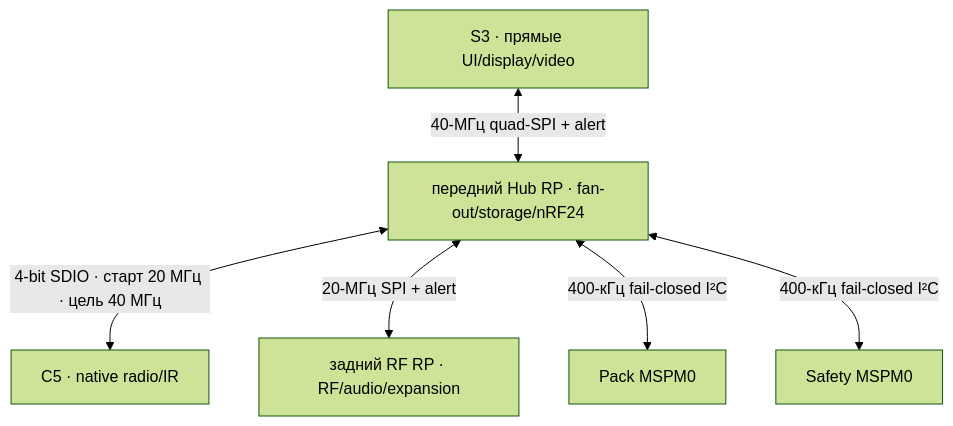
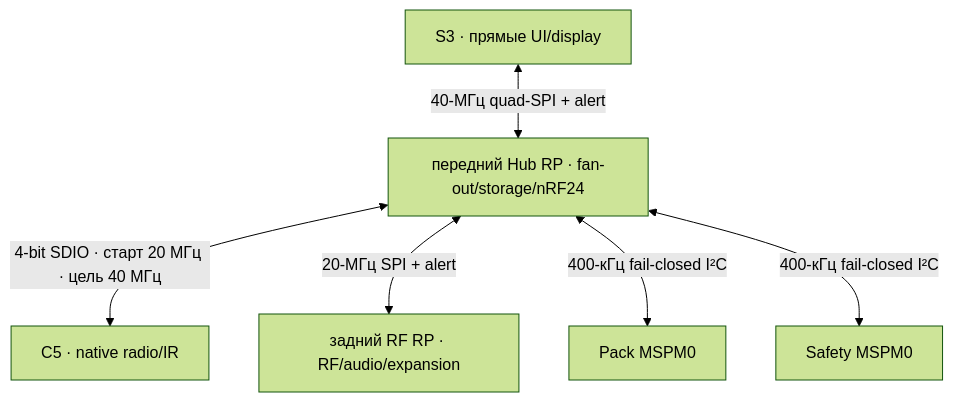
One commit to anton-vinogradov/esp32-leshy2-firmware changed the diagram in docs/architecture.ru.md. Above: the diagram before and after it, drawn with Mermaid (forest theme). The commit also changed other lines of this file and 28 other files, not shown here.

````diff
--- a/docs/architecture.ru.md
+++ b/docs/architecture.ru.md
@@ -28,8 +28,8 @@
 ```mermaid
 flowchart TD
-  S3["S3 · прямые UI/display/video"] <-->|"40-МГц quad-SPI + alert"| HUB["передний Hub RP · fan-out/storage/nRF24"]
+  S3["S3 · прямые UI/display"] <-->|"40-МГц quad-SPI + alert"| HUB["передний Hub RP · fan-out/storage/nRF24"]
   HUB <-->|"4-bit SDIO · старт 20 МГц · цель 40 МГц"| C5["C5 · native radio/IR"]
   HUB <-->|"20-МГц SPI + alert"| RF["задний RF RP · RF/audio/expansion"]
   HUB <-->|"400-кГц fail-closed I²C"| PACK["Pack MSPM0"]
   HUB <-->|"400-кГц fail-closed I²C"| SAFE["Safety MSPM0"]
 ```
````
